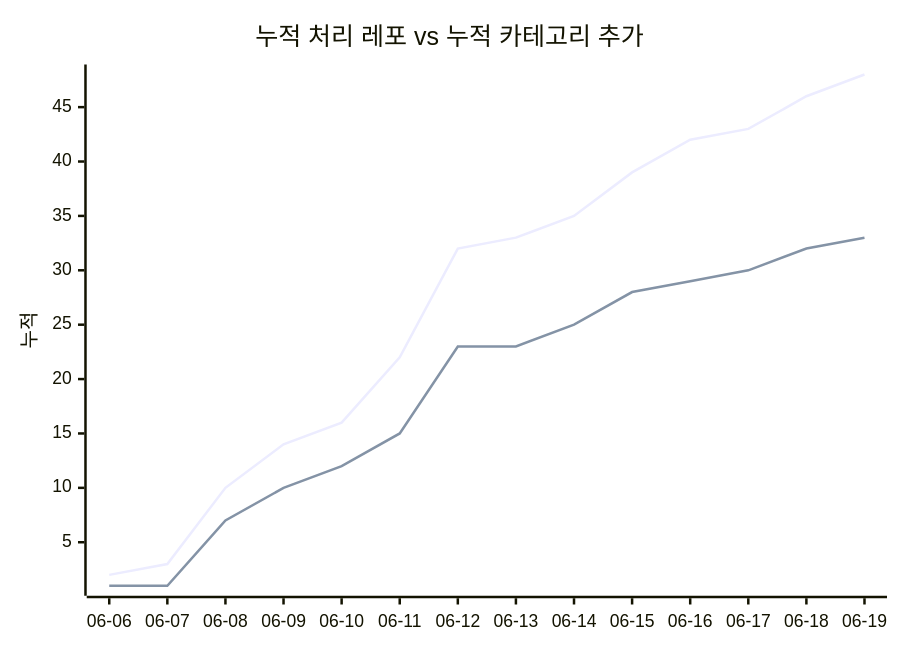
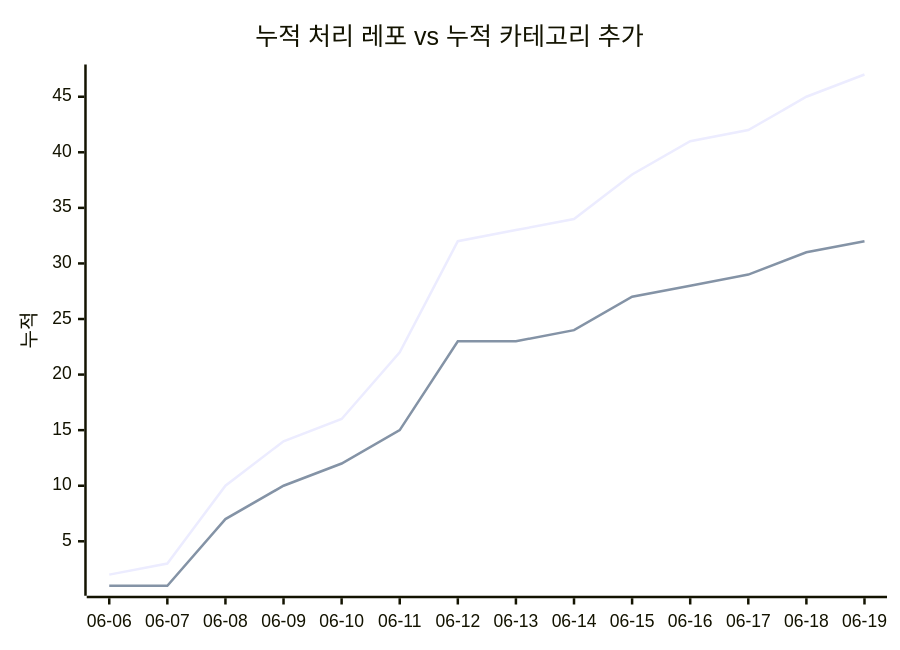
Before and after one commit to J-nowcow/awesome-korean-agent-skills: the second of 2 diagrams in docs/trends.md, drawn with Mermaid. The commit also changed other lines of this file and 28 other files, not shown here.

````diff
--- a/docs/trends.md
+++ b/docs/trends.md
@@ -68,8 +68,8 @@
 ```mermaid
 xychart-beta
     title "누적 처리 레포 vs 누적 카테고리 추가"
     x-axis ["06-06","06-07","06-08","06-09","06-10","06-11","06-12","06-13","06-14","06-15","06-16","06-17","06-18","06-19"]
     y-axis "누적"
-    line [2,3,10,14,16,22,32,33,35,39,42,43,46,48]
-    line [1,1,7,10,12,15,23,23,25,28,29,30,32,33]
+    line [2,3,10,14,16,22,32,33,34,38,41,42,45,47]
+    line [1,1,7,10,12,15,23,23,24,27,28,29,31,32]
 ```
````
